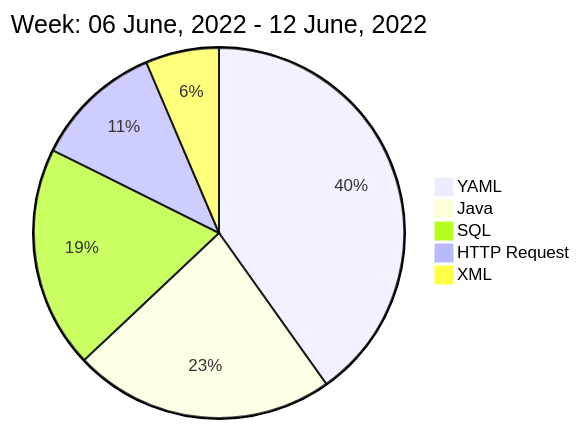
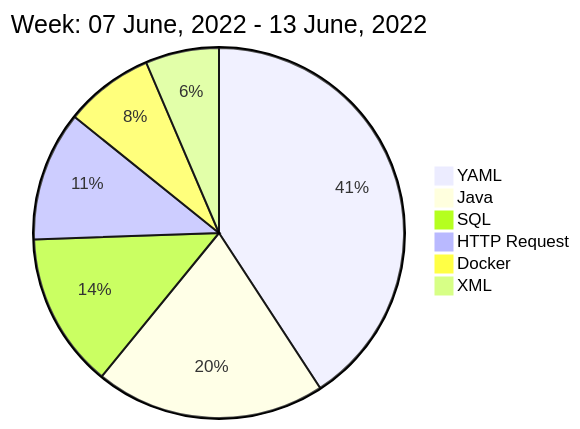
Before and after one commit to liubin95/liubin95: the diagram in README.md, drawn with Mermaid.

Commit message:
Updated the Graph with new Metrics

````diff
--- a/README.md
+++ b/README.md
@@ -40,9 +40,10 @@
 ```mermaid
  pie
-title Week: 06 June, 2022 - 12 June, 2022
- "YAML" : 8.33
- "Java" : 4.73
- "SQL" : 4.02
+title Week: 07 June, 2022 - 13 June, 2022
+ "YAML" : 8.38
+ "Java" : 4.13
+ "SQL" : 2.78
  "HTTP Request" : 2.33
- "XML" : 1.33
+ "Docker" : 1.6
+ "XML" : 1.32
 ```
````
